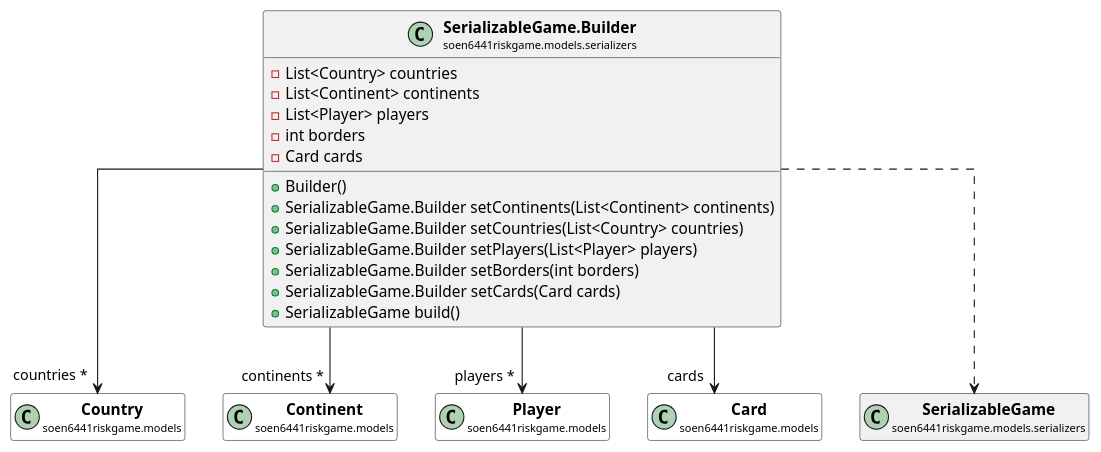
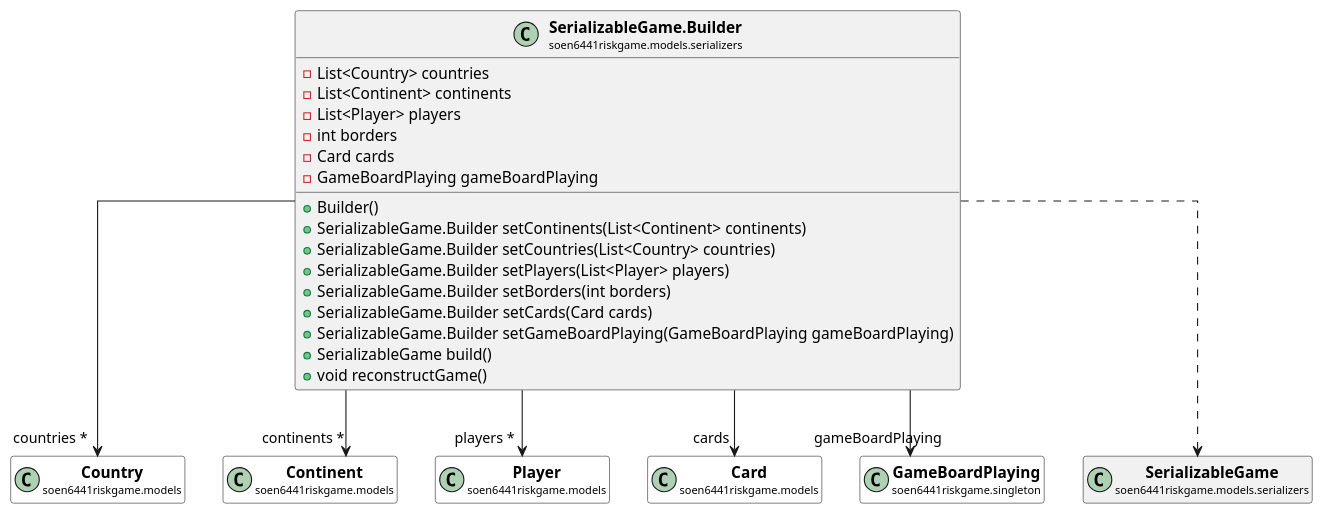
One commit to huntertran/soen6441-riskgame changed the diagram in docs/javadocs/soen6441riskgame/models/serializers/SerializableGame.Builder.puml. Above: the diagram before and after it, drawn with PlantUML. The commit also changed 184 other files, not shown here.

```diff
--- a/docs/javadocs/soen6441riskgame/models/serializers/SerializableGame.Builder.puml
+++ b/docs/javadocs/soen6441riskgame/models/serializers/SerializableGame.Builder.puml
@@ -1,66 +1,77 @@
 @startuml
 
 skinparam svgLinkTarget _parent
 skinparam linetype ortho
 set namespaceSeparator none
 class "<b><size:14>SerializableGame.Builder</b>\n<size:10>soen6441riskgame.models.serializers" as soen6441riskgame.models.serializers.SerializableGame.Builder  [[../../../soen6441riskgame/models/serializers/SerializableGame.Builder.html{soen6441riskgame.models.serializers.SerializableGame.Builder}]] {
 -List<Country> countries
 -List<Continent> continents
 -List<Player> players
 -int borders
 -Card cards
+-GameBoardPlaying gameBoardPlaying
 +Builder()
 +SerializableGame.Builder setContinents(List<Continent> continents)
 +SerializableGame.Builder setCountries(List<Country> countries)
 +SerializableGame.Builder setPlayers(List<Player> players)
 +SerializableGame.Builder setBorders(int borders)
 +SerializableGame.Builder setCards(Card cards)
++SerializableGame.Builder setGameBoardPlaying(GameBoardPlaying gameBoardPlaying)
 +SerializableGame build()
++void reconstructGame()
 }
 
 
 
 class "<b><size:14>Country</b>\n<size:10>soen6441riskgame.models" as soen6441riskgame.models.Country  [[../../../soen6441riskgame/models/Country.html{soen6441riskgame.models.Country}]] #white {
 }
 
 hide soen6441riskgame.models.Country fields
 hide soen6441riskgame.models.Country methods
 
 soen6441riskgame.models.serializers.SerializableGame.Builder -->  "countries *" soen6441riskgame.models.Country
 
 
 class "<b><size:14>Continent</b>\n<size:10>soen6441riskgame.models" as soen6441riskgame.models.Continent  [[../../../soen6441riskgame/models/Continent.html{soen6441riskgame.models.Continent}]] #white {
 }
 
 hide soen6441riskgame.models.Continent fields
 hide soen6441riskgame.models.Continent methods
 
 soen6441riskgame.models.serializers.SerializableGame.Builder -->  "continents *" soen6441riskgame.models.Continent
 
 
 class "<b><size:14>Player</b>\n<size:10>soen6441riskgame.models" as soen6441riskgame.models.Player  [[../../../soen6441riskgame/models/Player.html{soen6441riskgame.models.Player}]] #white {
 }
 
 hide soen6441riskgame.models.Player fields
 hide soen6441riskgame.models.Player methods
 
 soen6441riskgame.models.serializers.SerializableGame.Builder -->  "players *" soen6441riskgame.models.Player
 
 class "<b><size:14>Card</b>\n<size:10>soen6441riskgame.models" as soen6441riskgame.models.Card  [[../../../soen6441riskgame/models/Card.html{soen6441riskgame.models.Card}]] #white {
 }
 
 hide soen6441riskgame.models.Card fields
 hide soen6441riskgame.models.Card methods
 
 soen6441riskgame.models.serializers.SerializableGame.Builder -->  "cards" soen6441riskgame.models.Card
 
+class "<b><size:14>GameBoardPlaying</b>\n<size:10>soen6441riskgame.singleton" as soen6441riskgame.singleton.GameBoardPlaying  [[../../../soen6441riskgame/singleton/GameBoardPlaying.html{soen6441riskgame.singleton.GameBoardPlaying}]] #white {
+}
+
+hide soen6441riskgame.singleton.GameBoardPlaying fields
+hide soen6441riskgame.singleton.GameBoardPlaying methods
+
+soen6441riskgame.models.serializers.SerializableGame.Builder -->  "gameBoardPlaying" soen6441riskgame.singleton.GameBoardPlaying
+
 class "<b><size:14>SerializableGame</b>\n<size:10>soen6441riskgame.models.serializers" as soen6441riskgame.models.serializers.SerializableGame  [[../../../soen6441riskgame/models/serializers/SerializableGame.html{soen6441riskgame.models.serializers.SerializableGame}]] {
 }
 
 hide soen6441riskgame.models.serializers.SerializableGame fields
 hide soen6441riskgame.models.serializers.SerializableGame methods
 
 soen6441riskgame.models.serializers.SerializableGame.Builder ..> soen6441riskgame.models.serializers.SerializableGame
 
 
 @enduml
```
